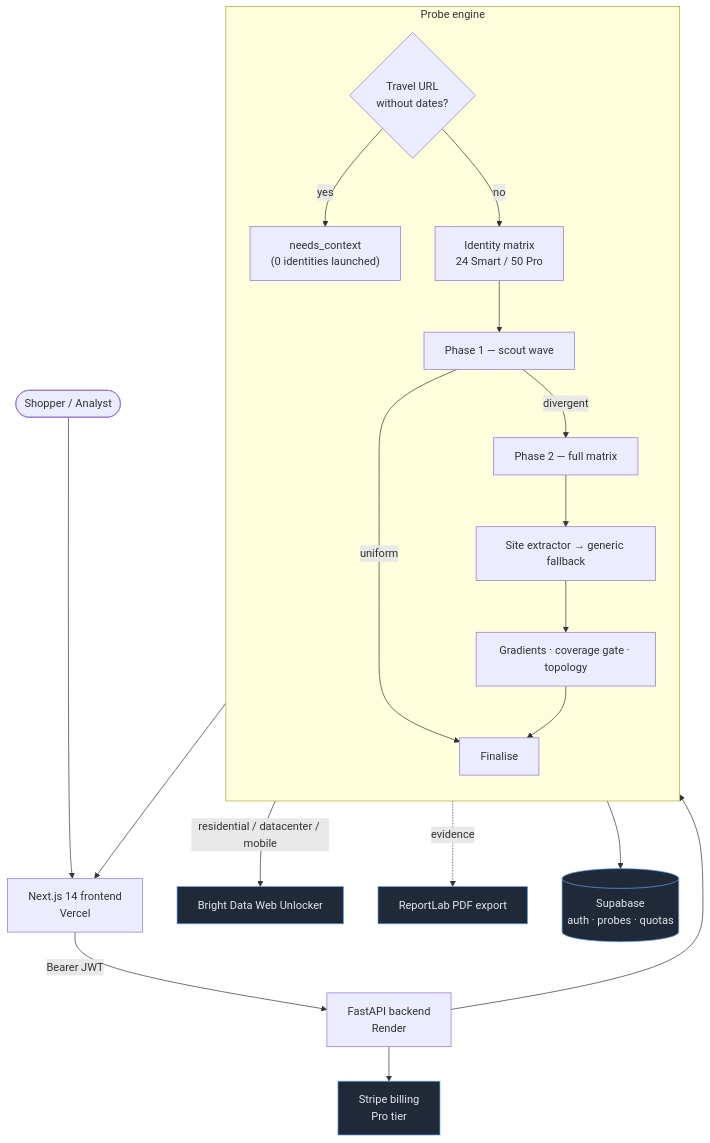
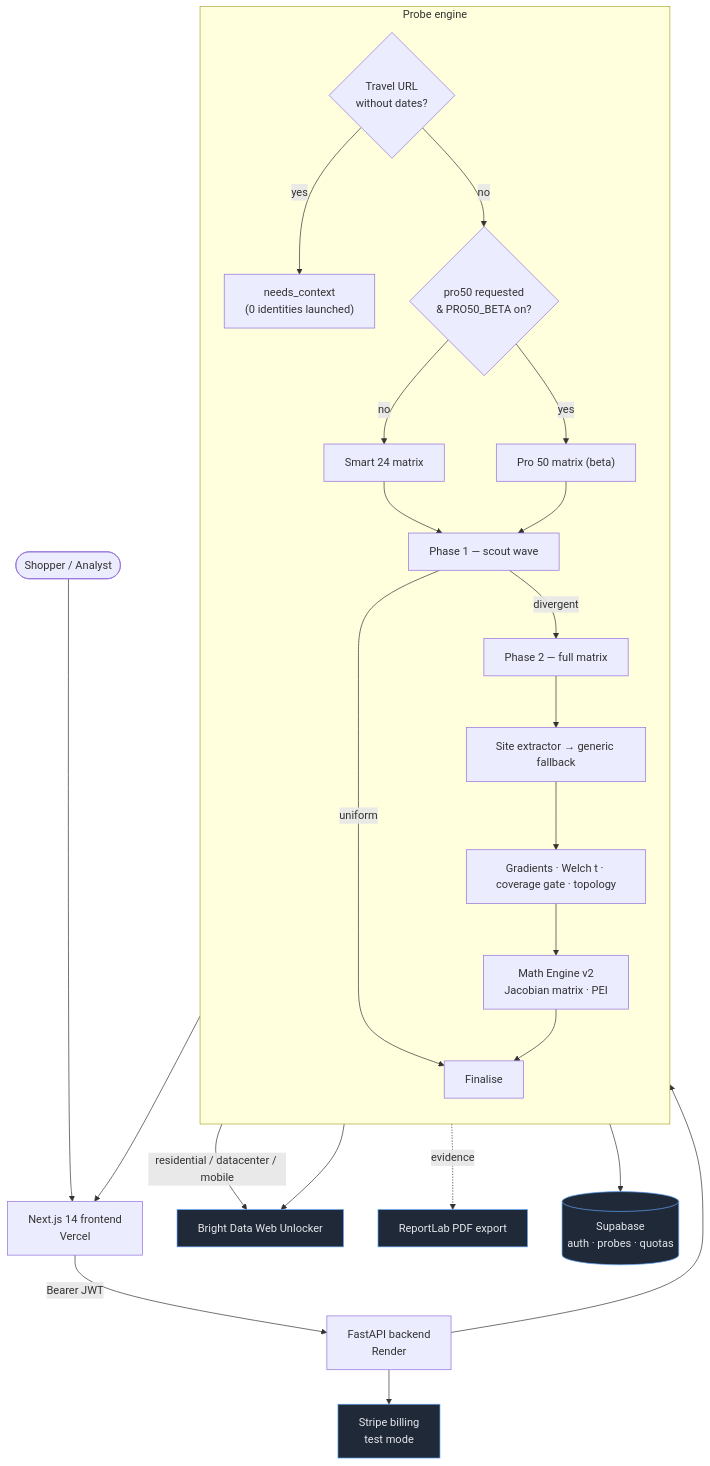
One commit to Hussain800/Jacobi_mark3 changed the diagram in README.md. Above: the diagram before and after it, drawn with Mermaid. The commit also changed other lines of this file and 5 other files, not shown here.

First line of the commit message:
chore: align production app to Smart 24 waitlist; lock Pro 50 to private beta

````diff
--- a/README.md
+++ b/README.md
@@ -223,28 +493,33 @@
 ```mermaid
 flowchart TB
     User([Shopper / Analyst]) --> FE["Next.js 14 frontend<br/>Vercel"]
     FE -->|"Bearer JWT"| API["FastAPI backend<br/>Render"]
 
     subgraph Engine["Probe engine"]
         direction TB
         Gate{"Travel URL<br/>without dates?"}
         Gate -->|yes| Ctx["needs_context<br/>(0 identities launched)"]
-        Gate -->|no| Matrix["Identity matrix<br/>24 Smart / 50 Pro"]
-        Matrix --> Phase1["Phase 1 — scout wave"]
+        Gate -->|no| Depth{"pro50 requested<br/>& PRO50_BETA on?"}
+        Depth -->|no| Matrix24["Smart 24 matrix"]
+        Depth -->|yes| Matrix50["Pro 50 matrix (beta)"]
+        Matrix24 --> Phase1["Phase 1 — scout wave"]
+        Matrix50 --> Phase1
         Phase1 -->|uniform| Final["Finalise"]
         Phase1 -->|divergent| Phase2["Phase 2 — full matrix"]
         Phase2 --> Extract["Site extractor → generic fallback"]
-        Extract --> Stats["Gradients · coverage gate · topology"]
-        Stats --> Final
+        Extract --> Stats["Gradients · Welch t · coverage gate · topology"]
+        Stats --> MathV2["Math Engine v2<br/>Jacobian matrix · PEI"]
+        MathV2 --> Final
     end
 
     API --> Engine
-    Matrix -->|residential / datacenter / mobile| BD["Bright Data Web Unlocker"]
+    Matrix24 -->|residential / datacenter / mobile| BD["Bright Data Web Unlocker"]
+    Matrix50 --> BD
     Extract -. evidence .-> PDF["ReportLab PDF export"]
     Final --> DB[("Supabase<br/>auth · probes · quotas")]
-    API --> Stripe["Stripe billing<br/>Pro tier"]
+    API --> Stripe["Stripe billing<br/>test mode"]
     Final --> FE
 
     classDef ext fill:#1f2937,stroke:#60a5fa,color:#e5e7eb;
     class BD,DB,Stripe,PDF ext;
 ```
````
